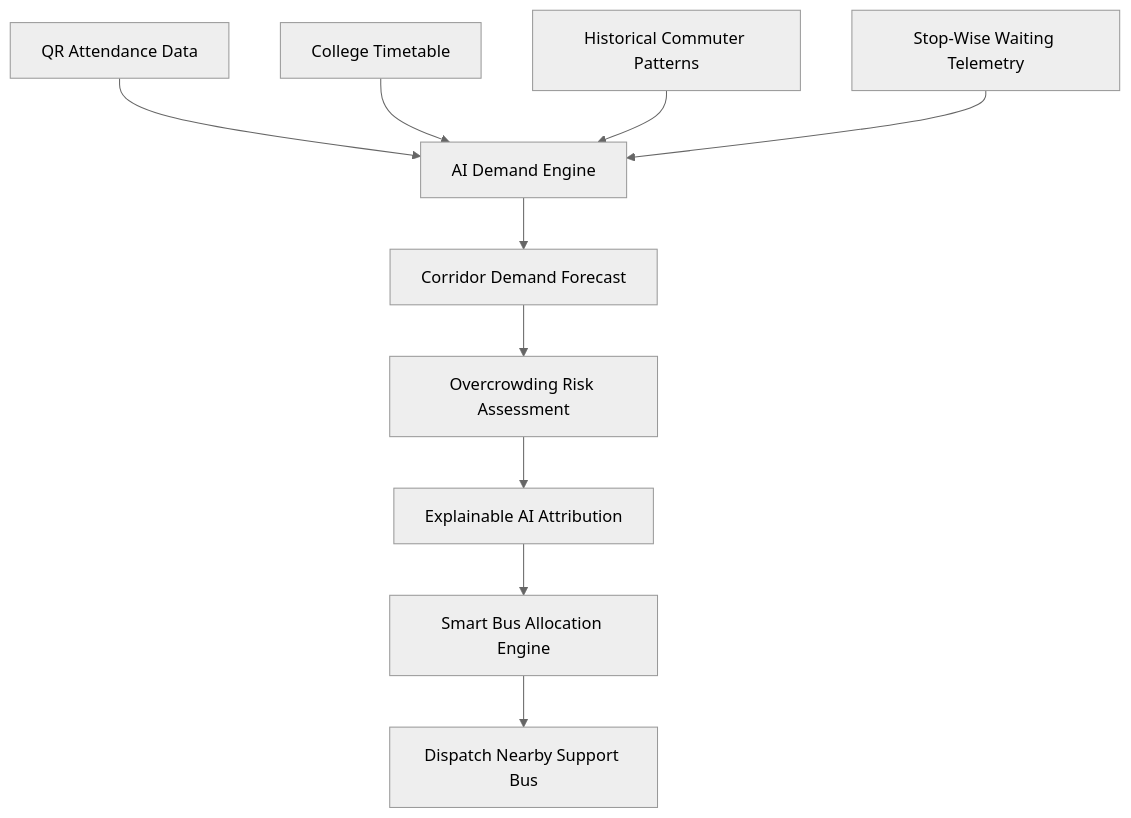
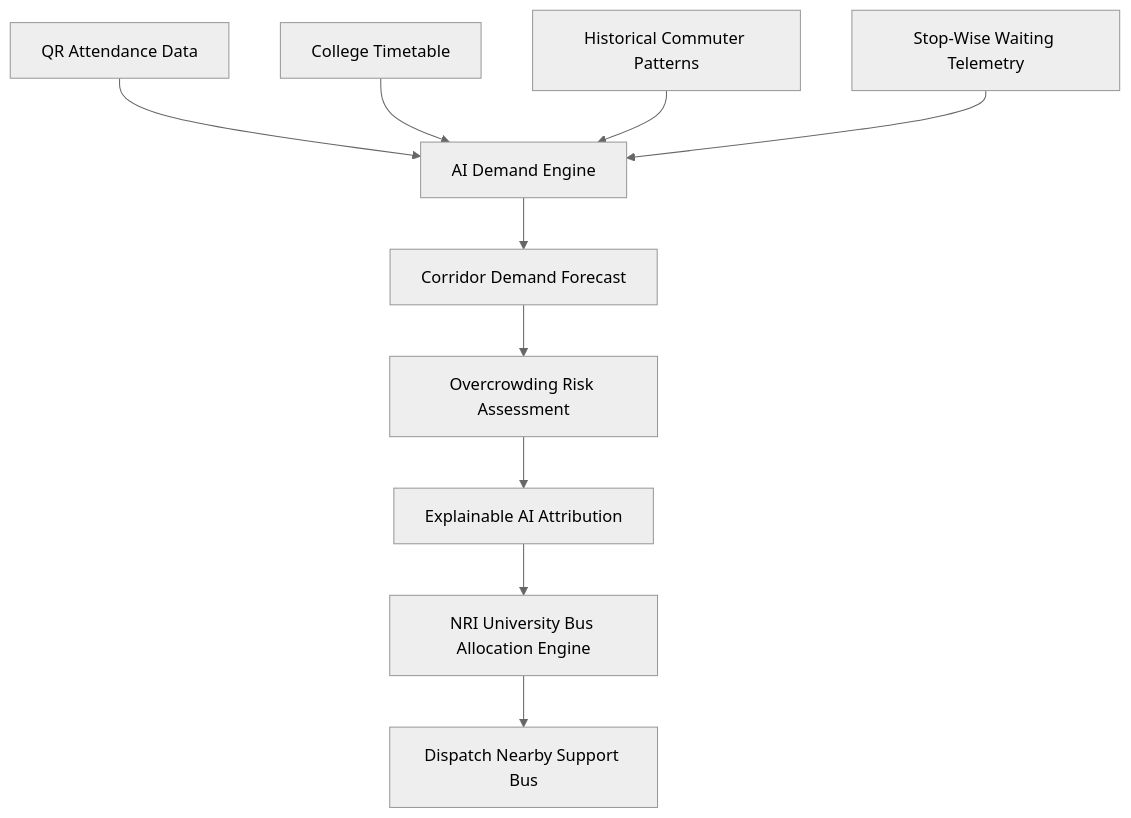
The diagram in README.md (gowthamvenkat987-website/BUS-), drawn with Mermaid (neutral theme) before and after one commit. The commit also changed other lines of this file and 14 other files, not shown here.

Commit message:
feat(branding): update product name to NRI University Bus across website

````diff
--- a/README.md
+++ b/README.md
@@ -58,12 +58,12 @@
 ```mermaid
 flowchart TD
     A[QR Attendance Data] --> E[AI Demand Engine]
     B[College Timetable] --> E
     C[Historical Commuter Patterns] --> E
     D[Stop-Wise Waiting Telemetry] --> E
     E --> F[Corridor Demand Forecast]
     F --> G[Overcrowding Risk Assessment]
     G --> H[Explainable AI Attribution]
-    H --> I[Smart Bus Allocation Engine]
+    H --> I[NRI University Bus Allocation Engine]
     I --> J[Dispatch Nearby Support Bus]
 ```
````
